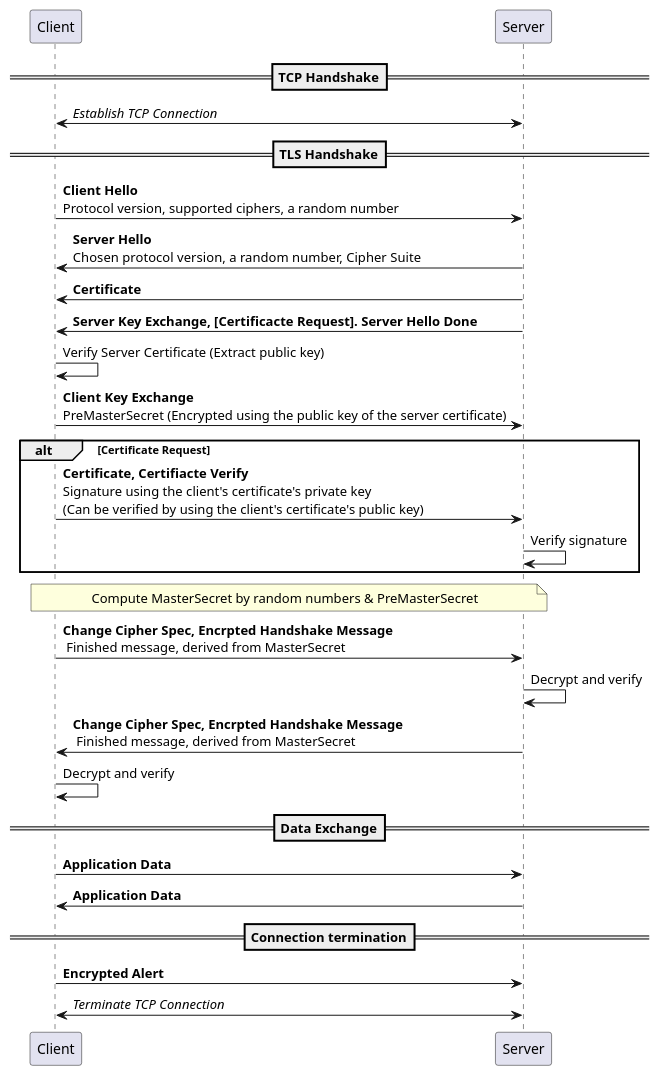
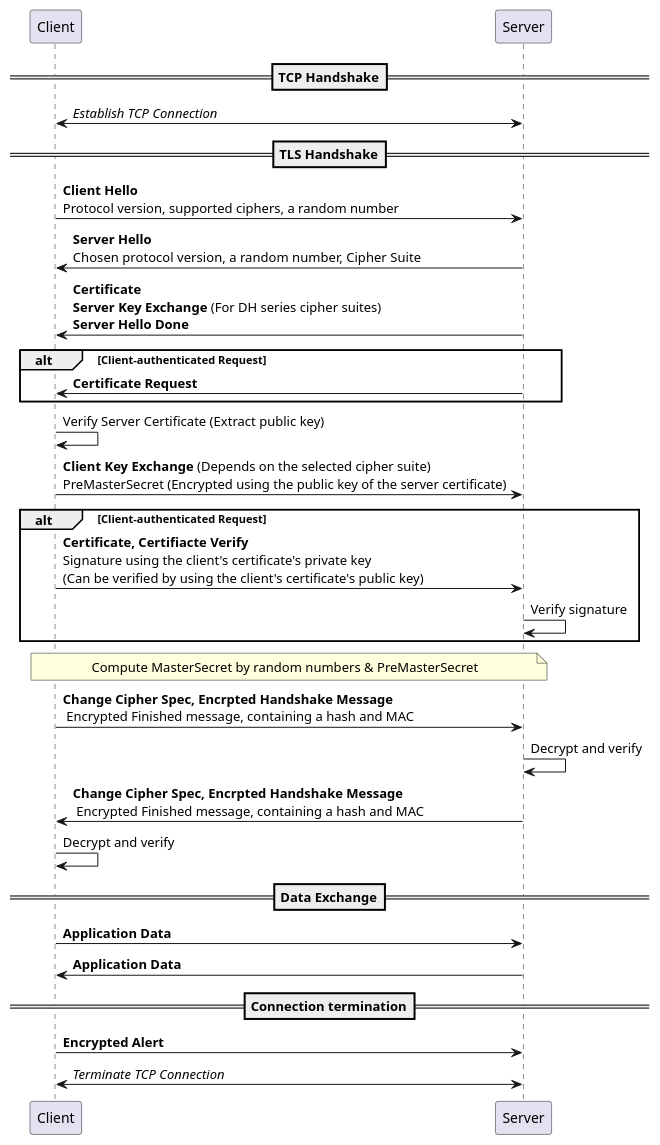
Before and after one commit to yidas/web-service-protocols: the diagram in http/https-flow.plantuml, drawn with PlantUML.

```diff
--- a/http/https-flow.plantuml
+++ b/http/https-flow.plantuml
@@ -1,28 +1,30 @@
 @startuml
 participant "Client" as c
 participant "Server" as s
 ==TCP Handshake==
 c<->s: //Establish TCP Connection//
 ==TLS Handshake==
 c->s: **Client Hello**\nProtocol version, supported ciphers, a random number
 s->c: **Server Hello**\nChosen protocol version, a random number, Cipher Suite
-s->c: **Certificate**
-s->c: **Server Key Exchange, [Certificacte Request]. Server Hello Done**
+s->c: **Certificate**\n**Server Key Exchange** (For DH series cipher suites)\n**Server Hello Done**
+alt Client-authenticated Request
+s->c: **Certificate Request**
+end
 c->c: Verify Server Certificate (Extract public key)
-c->s: **Client Key Exchange**\nPreMasterSecret (Encrypted using the public key of the server certificate)
-alt Certificate Request
+c->s: **Client Key Exchange** (Depends on the selected cipher suite)\nPreMasterSecret (Encrypted using the public key of the server certificate)
+alt Client-authenticated Request
 c->s: **Certificate, Certifiacte Verify**\nSignature using the client's certificate's private key\n(Can be verified by using the client's certificate's public key)
 s->s: Verify signature
 end
 note over c, s: Compute MasterSecret by random numbers & PreMasterSecret
-c->s: **Change Cipher Spec, Encrpted Handshake Message**\n Finished message, derived from MasterSecret
+c->s: **Change Cipher Spec, Encrpted Handshake Message**\n Encrypted Finished message, containing a hash and MAC
 s->s: Decrypt and verify
-s->c: **Change Cipher Spec, Encrpted Handshake Message**\n Finished message, derived from MasterSecret
+s->c: **Change Cipher Spec, Encrpted Handshake Message**\n Encrypted Finished message, containing a hash and MAC
 c->c: Decrypt and verify
 ==Data Exchange==
 c->s: **Application Data**
 s->c: **Application Data**
 ==Connection termination==
 c->s: **Encrypted Alert**
 c<->s: //Terminate TCP Connection//
 @enduml
```
